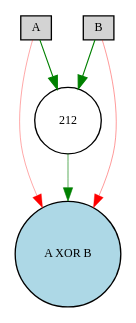
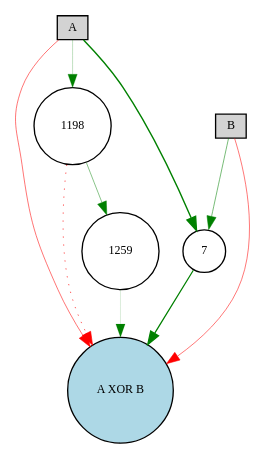
One commit to a4m123/Neuroevolutionary-computing changed the diagram in Код/учимся/Digraph.gv. Above: the diagram before and after it, drawn with Graphviz. The commit also changed 44 other files, not shown here.

```diff
--- a/Код/учимся/Digraph.gv
+++ b/Код/учимся/Digraph.gv
@@ -1,12 +1,18 @@
 digraph {
 	node [fontsize=9 height=0.2 shape=circle width=0.2]
 	A [fillcolor=lightgray shape=box style=filled]
 	B [fillcolor=lightgray shape=box style=filled]
 	"A XOR B" [fillcolor=lightblue style=filled]
-	212 [fillcolor=white style=filled]
-	B -> 212 [color=green penwidth=0.8792796342435413 style=solid]
-	212 -> "A XOR B" [color=green penwidth=0.4790746337714016 style=solid]
-	A -> 212 [color=green penwidth=0.8309739816123742 style=solid]
-	A -> "A XOR B" [color=red penwidth=0.26009571132464626 style=solid]
-	B -> "A XOR B" [color=red penwidth=0.30223564556377247 style=solid]
+	1259 [fillcolor=white style=filled]
+	1198 [fillcolor=white style=filled]
+	7 [fillcolor=white style=filled]
+	A -> 7 [color=green penwidth=1.0580310043572145 style=solid]
+	7 -> "A XOR B" [color=green penwidth=0.9244488642432406 style=solid]
+	B -> 7 [color=green penwidth=0.3986983246923832 style=solid]
+	A -> "A XOR B" [color=red penwidth=0.4075062002799492 style=solid]
+	B -> "A XOR B" [color=red penwidth=0.3967816717782847 style=solid]
+	A -> 1198 [color=green penwidth=0.18945837713820993 style=solid]
+	1198 -> "A XOR B" [color=red penwidth=0.4839083458996394 style=dotted]
+	1198 -> 1259 [color=green penwidth=0.3450926988425507 style=solid]
+	1259 -> "A XOR B" [color=green penwidth=0.11090014183817223 style=solid]
 }
```
